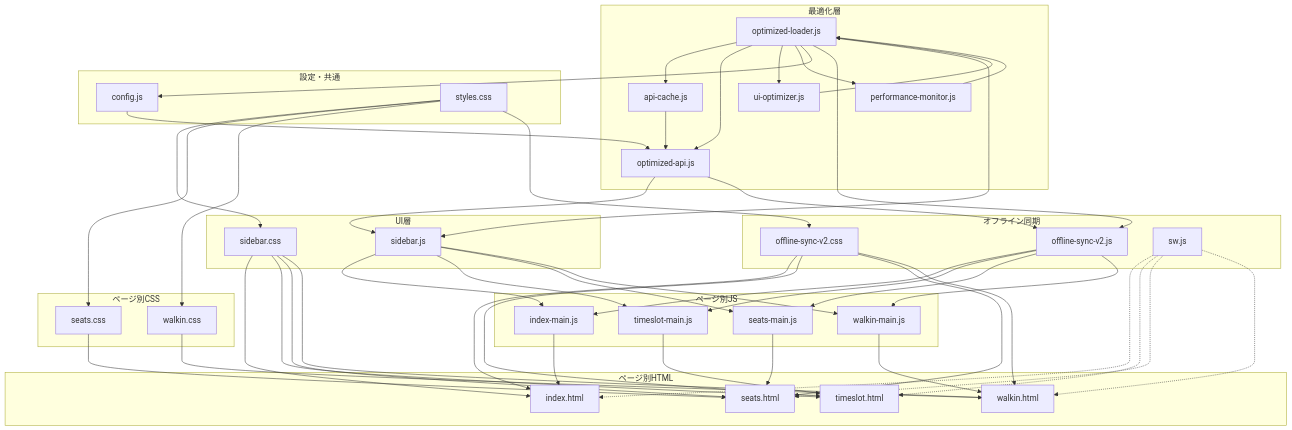
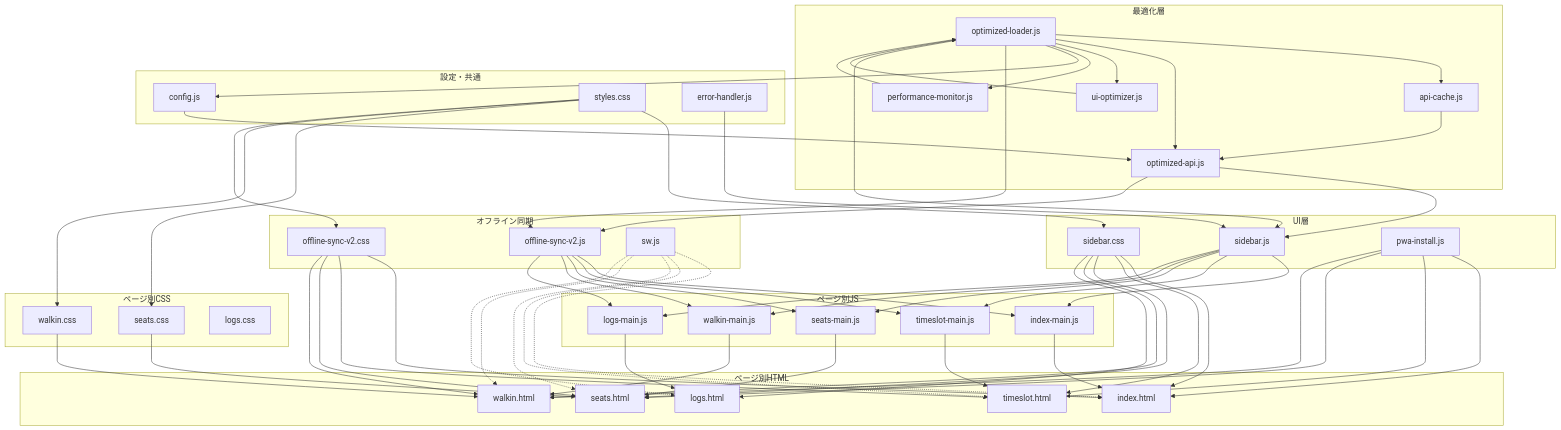
Before and after one commit to J105588/tickets: the tenth of 14 diagrams in README.md, drawn with Mermaid. The commit also changed other lines of this file and 1 other file, not shown here.

````diff
--- a/README.md
+++ b/README.md
@@ -956,6 +985,7 @@
     subgraph "設定・共通"
         F[config.js]
         G[styles.css]
+        EH[error-handler.js]
     end
     
     subgraph "オフライン同期"
@@ -967,6 +997,7 @@
     subgraph "UI層"
         K[sidebar.js]
         L[sidebar.css]
+        PM[pwa-install.js]
     end
     
     subgraph "ページ別JS"
@@ -974,11 +1005,13 @@
         N[timeslot-main.js]
         O[seats-main.js]
         P[walkin-main.js]
+        QL[logs-main.js]
     end
     
     subgraph "ページ別CSS"
         Q[seats.css]
         R[walkin.css]
+        LG[logs.css]
     end
     
     subgraph "ページ別HTML"
@@ -986,6 +1019,7 @@
         T[timeslot.html]
         U[seats.html]
         V[walkin.html]
+        W[logs.html]
     end
     
     A --> B
@@ -1001,14 +1035,17 @@
     D --> A
     E --> A
     F --> C
+    EH --> K
     H --> M
     H --> N
     H --> O
     H --> P
+    H --> QL
     K --> M
     K --> N
     K --> O
     K --> P
+    K --> QL
     G --> L
     G --> Q
     G --> R
@@ -1017,6 +1054,11 @@
     L --> T
     L --> U
     L --> V
+    L --> W
+    PM --> S
+    PM --> T
+    PM --> U
+    PM --> V
     I --> S
     I --> T
     I --> U
@@ -1025,10 +1067,12 @@
     N --> T
     O --> U
     P --> V
+    QL --> W
     Q --> U
     R --> V
     J -.-> S
     J -.-> T
     J -.-> U
     J -.-> V
+    J -.-> W
 ```
````
